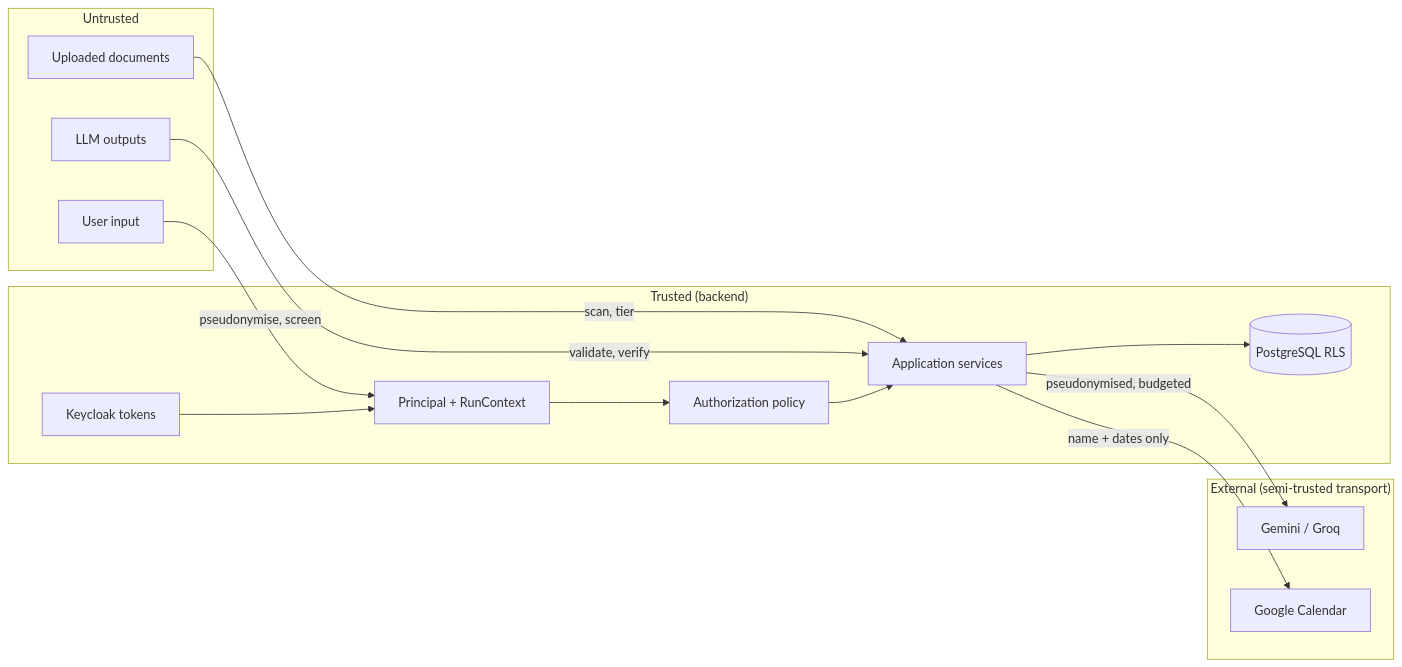
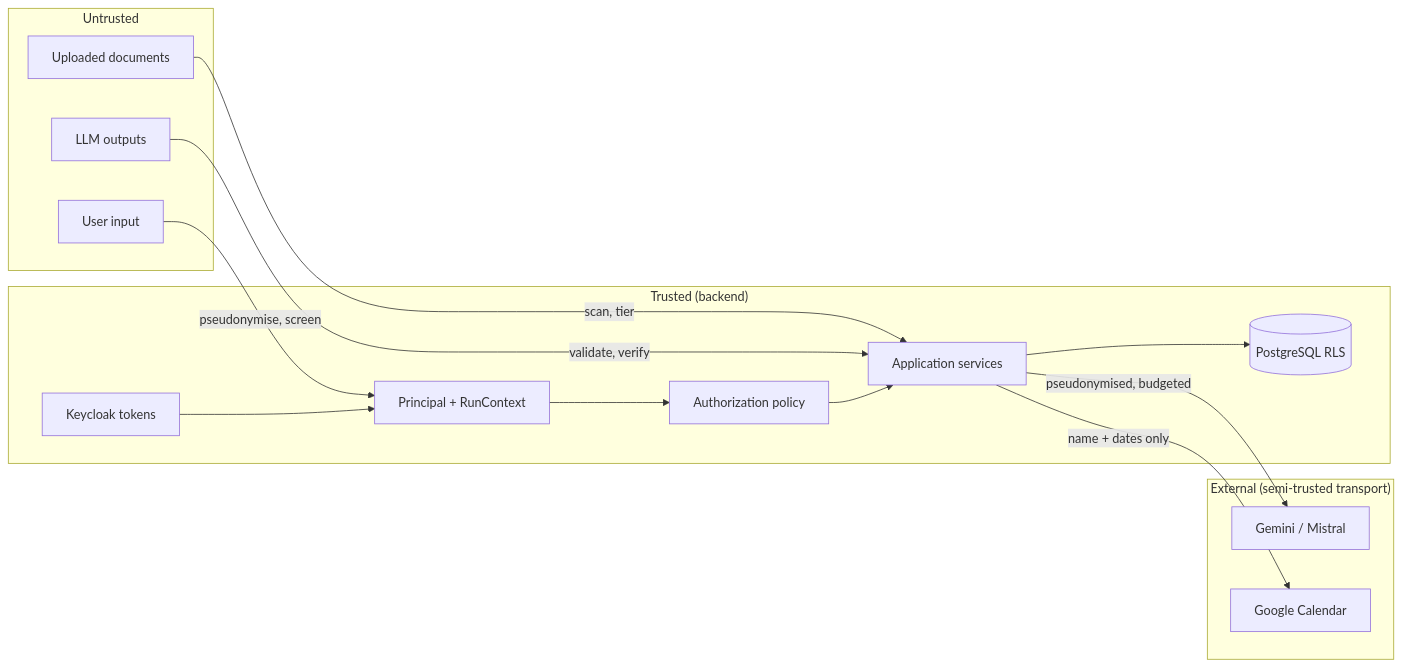
The first of 3 diagrams in docs/08-security-architecture.md (flokos/leave-assistant), drawn with Mermaid before and after one commit. The commit also changed other lines of this file and 22 other files, not shown here.

````diff
--- a/docs/08-security-architecture.md
+++ b/docs/08-security-architecture.md
@@ -21,25 +21,25 @@
 ```mermaid
 flowchart LR
     subgraph Untrusted
         U[User input]
         D[Uploaded documents]
         L[LLM outputs]
     end
     subgraph Trusted["Trusted (backend)"]
         KC[Keycloak tokens]
         P[Principal + RunContext]
         POL[Authorization policy]
         SVC[Application services]
         DB[(PostgreSQL RLS)]
     end
     subgraph External["External (semi-trusted transport)"]
-        LLM[Gemini / Groq]
+        LLM[Gemini / Mistral]
         GC[Google Calendar]
     end
     U -->|pseudonymise, screen| P
     D -->|scan, tier| SVC
     L -->|validate, verify| SVC
     KC --> P --> POL --> SVC --> DB
     SVC -->|pseudonymised, budgeted| LLM
     SVC -->|name + dates only| GC
 ```
````
